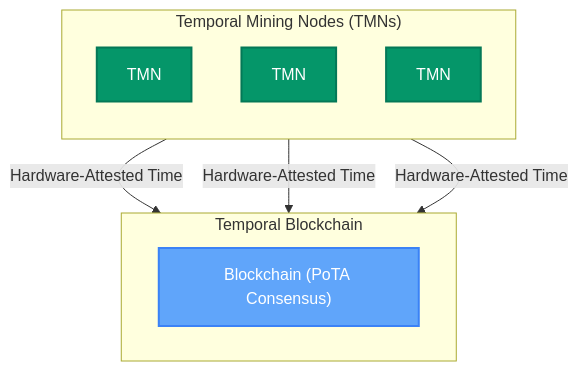
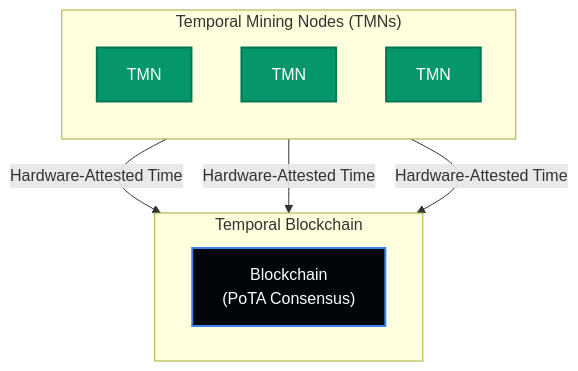
Before and after one commit to nshkrdotcom/nshkrdotcom.github.io: the second of 7 diagrams in content/chronoledger/_index.md, drawn with Mermaid. The commit also changed other lines of this file, not shown here.

```diff
--- a/content/chronoledger/_index.md
+++ b/content/chronoledger/_index.md
@@ -293,19 +293,19 @@
         <div class="mermaid">
           graph TD
               subgraph "Temporal Mining Nodes (TMNs)"
                   direction TB
                   TMN1[TMN ]
                   TMN2[TMN ]
                   TMN3[TMN ]
               end
               subgraph Temporal Blockchain
                  direction LR
-                 TB["Blockchain (PoTA Consensus)"]
+                 TB["Blockchain<br>(PoTA Consensus)"]
               end
               TMN1 -- Hardware-Attested Time --> TB
               TMN2 -- Hardware-Attested Time --> TB
               TMN3 -- Hardware-Attested Time --> TB
-              style TB fill:#60A5FA,stroke:#3B82F6,stroke-width:2px,color:#fff;
+              style TB fill:#00050A,stroke:#3B82F6,stroke-width:2px,color:#fff;
               classDef tmn fill:#059669,stroke:#047857,stroke-width:2px,color:#fff;
               class TMN1,TMN2,TMN3 tmn;
         </div>
```
